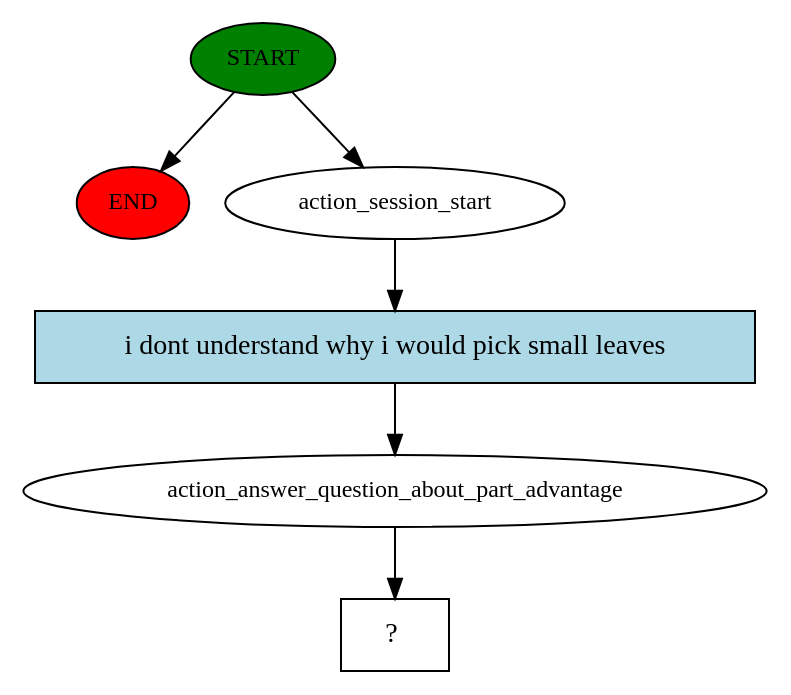
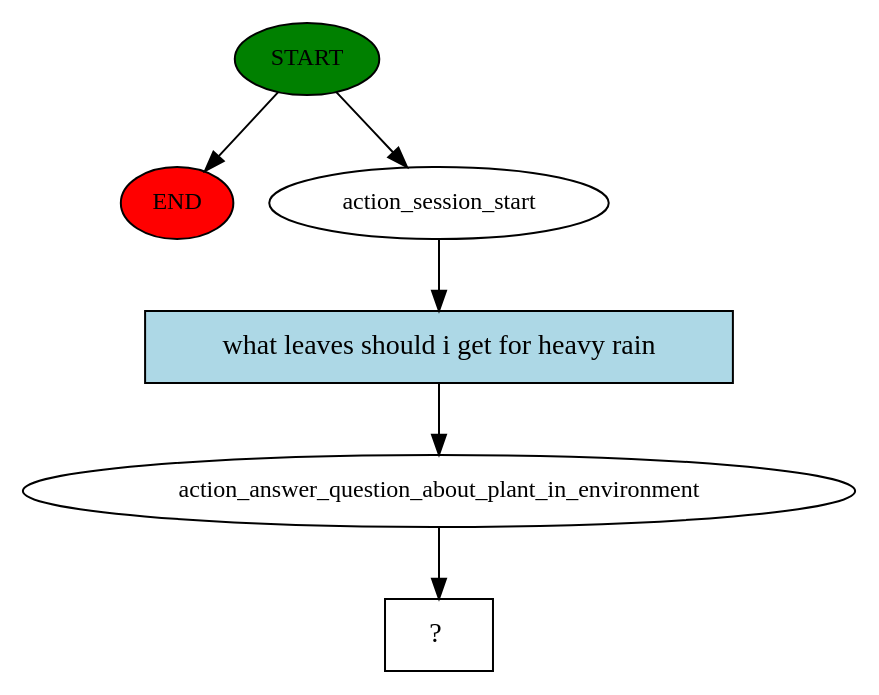
The diagram in story_graph.dot (gozlen/virtual-assistant), drawn with Graphviz before and after one commit. The commit also changed 6 other files, not shown here.

```diff
--- a/story_graph.dot
+++ b/story_graph.dot
@@ -1,13 +1,13 @@
 digraph  {
 0 [class="start active", fillcolor=green, fontsize=12, label=START, style=filled];
 "-1" [class=end, fillcolor=red, fontsize=12, label=END, style=filled];
 1 [class=active, fontsize=12, label=action_session_start];
-2 [class=active, fontsize=12, label=action_answer_question_about_part_advantage];
+2 [class=active, fontsize=12, label=action_answer_question_about_plant_in_environment];
 3 [class="intent dashed active", label="  ?  ", shape=rect];
-4 [class="intent active", fillcolor=lightblue, label="i dont understand why i would pick small leaves", shape=rect, style=filled];
+4 [class="intent active", fillcolor=lightblue, label="what leaves should i get for heavy rain", shape=rect, style=filled];
 0 -> "-1"  [class="", key=NONE, label=""];
 0 -> 1  [class=active, key=NONE, label=""];
 1 -> 4  [class=active, key=0];
 2 -> 3  [class=active, key=NONE, label=""];
 4 -> 2  [class=active, key=0];
 }
```
